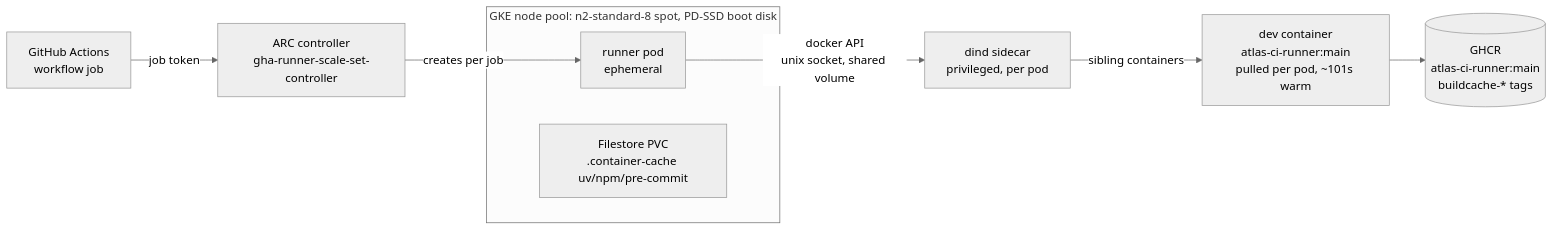
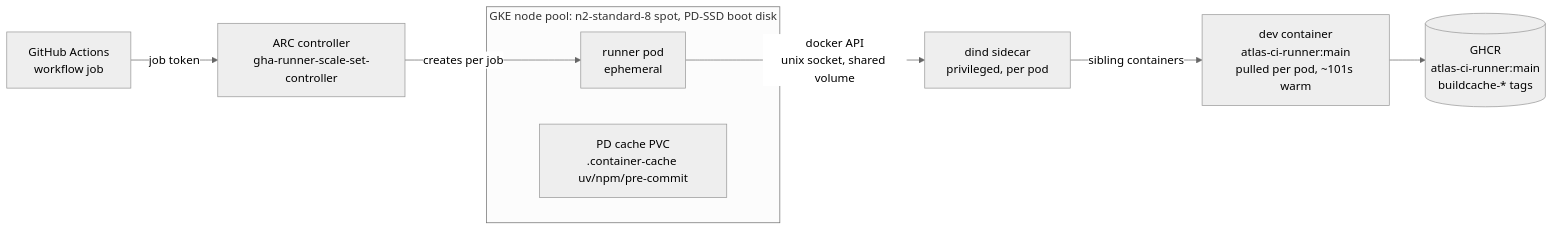
One commit to aureliusenterprise/aurelius-atlas changed the diagram in docs/architecture/self-hosted-ci.md. Above: the diagram before and after it, drawn with Mermaid (neutral theme). The commit also changed other lines of this file and 6 other files, not shown here.

````diff
--- a/docs/architecture/self-hosted-ci.md
+++ b/docs/architecture/self-hosted-ci.md
@@ -36,12 +40,12 @@
 ```mermaid
 flowchart LR
     GH[GitHub Actions<br/>workflow job] -->|job token| ARC[ARC controller<br/>gha-runner-scale-set-controller]
     ARC -->|creates per job| POD[runner pod<br/>ephemeral]
     subgraph NODE[GKE node pool: n2-standard-8 spot, PD-SSD boot disk]
         POD
-        FS[Filestore PVC<br/>.container-cache uv/npm/pre-commit]
+        FS[PD cache PVC<br/>.container-cache uv/npm/pre-commit]
     end
     POD -->|docker API<br/>unix socket, shared volume| DIND[dind sidecar<br/>privileged, per pod]
     DIND -->|sibling containers| DC[dev container<br/>atlas-ci-runner:main<br/>pulled per pod, ~101s warm]
     DC --> GHCR[(GHCR<br/>atlas-ci-runner:main<br/>buildcache-* tags)]
 ```
````
